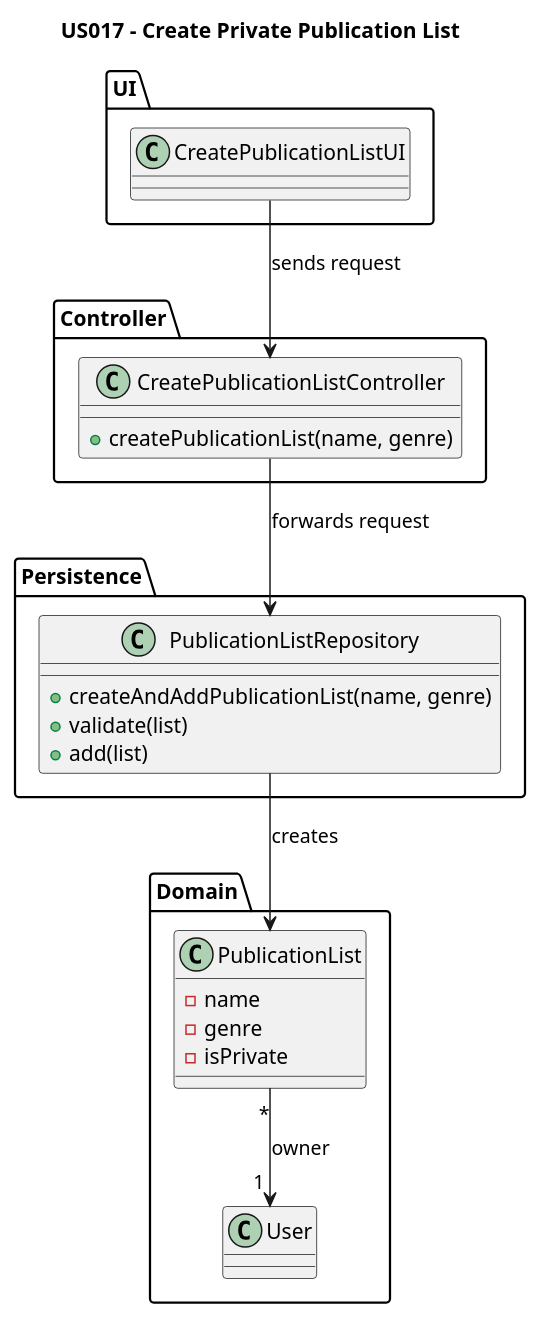
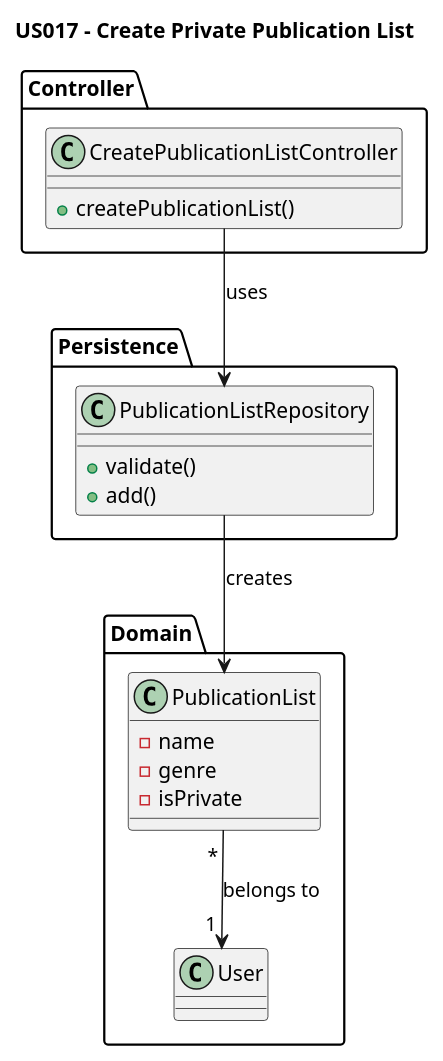
One commit to AndrePereiraGitH/SWitCH-Project-Team_A changed the diagram in Diagrams/ClassDiagrams/US017-to-create-private-publication-list.puml. Above: the diagram before and after it, drawn with PlantUML. The commit also changed 3 other files, not shown here.

Commit message:
#88 #89 and #92 #94: update class diagrams 17 and 18

```diff
--- a/Diagrams/ClassDiagrams/US017-to-create-private-publication-list.puml
+++ b/Diagrams/ClassDiagrams/US017-to-create-private-publication-list.puml
@@ -1,37 +1,33 @@
 @startuml
 title US017 - Create Private Publication List
 
-package "UI" {
-  class CreatePublicationListUI
-}
-
 package "Controller" {
   class CreatePublicationListController {
-    +createPublicationList(name, genre)
+    +createPublicationList()
   }
 }
 
 package "Persistence" {
   class PublicationListRepository {
-    +createAndAddPublicationList(name, genre)
-    +validate(list)
-    +add(list)
+    +validate()
+    +add()
   }
 }
 
 package "Domain" {
   class PublicationList {
     -name
     -genre
     -isPrivate
   }
 
   class User
 
-CreatePublicationListUI --> CreatePublicationListController : sends request
-CreatePublicationListController --> PublicationListRepository : forwards request
+CreatePublicationListController --> PublicationListRepository : uses
+
 PublicationListRepository --> PublicationList : creates
 
-PublicationList "*" --> "1 " User : owner
+PublicationList " * " --> "1 " User : belongs to
+
 
 @enduml
```
